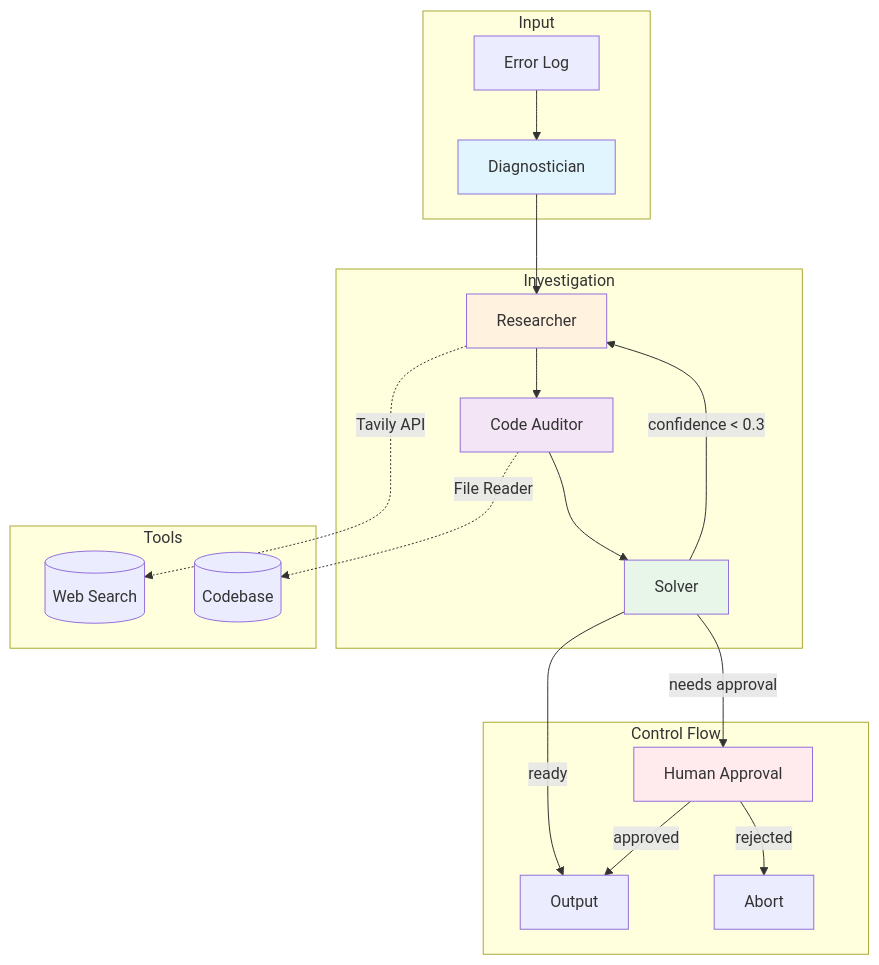
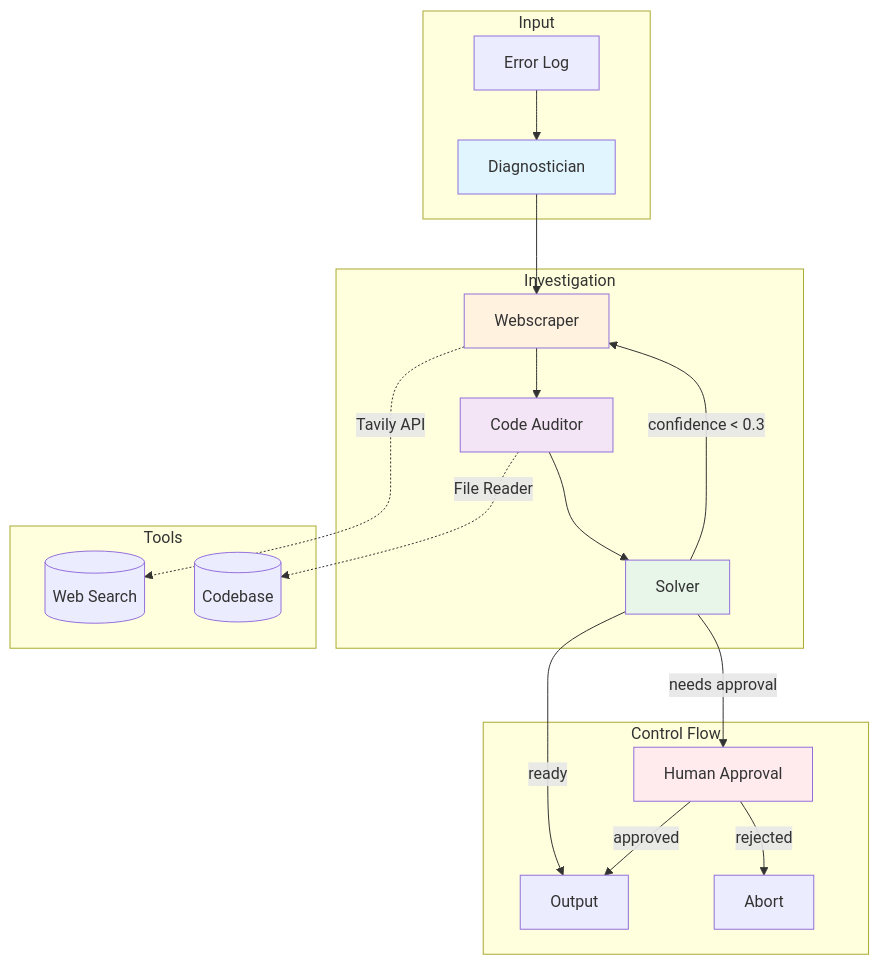
Before and after one commit to bipplane/devIR: the first of 2 diagrams in README.md, drawn with Mermaid. The commit also changed other lines of this file and 3 other files, not shown here.

Commit message:
Redefine Researcher as Webscraper

````diff
--- a/README.md
+++ b/README.md
@@ -62,31 +62,31 @@
 ```mermaid
 flowchart TB
     subgraph Input
         A[Error Log] --> B[Diagnostician]
     end
 
     subgraph Investigation
-        B --> C[Researcher]
+        B --> C[Webscraper]
         C --> D[Code Auditor]
         D --> E[Solver]
     end
 
     subgraph Control Flow
         E -->|confidence < 0.3| C
         E -->|needs approval| F[Human Approval]
         E -->|ready| G[Output]
         F -->|approved| G
         F -->|rejected| H[Abort]
     end
 
     subgraph Tools
         C -.->|Tavily API| I[(Web Search)]
         D -.->|File Reader| J[(Codebase)]
     end
 
     style B fill:#e1f5fe
     style C fill:#fff3e0
     style D fill:#f3e5f5
     style E fill:#e8f5e9
     style F fill:#ffebee
 ```
````
